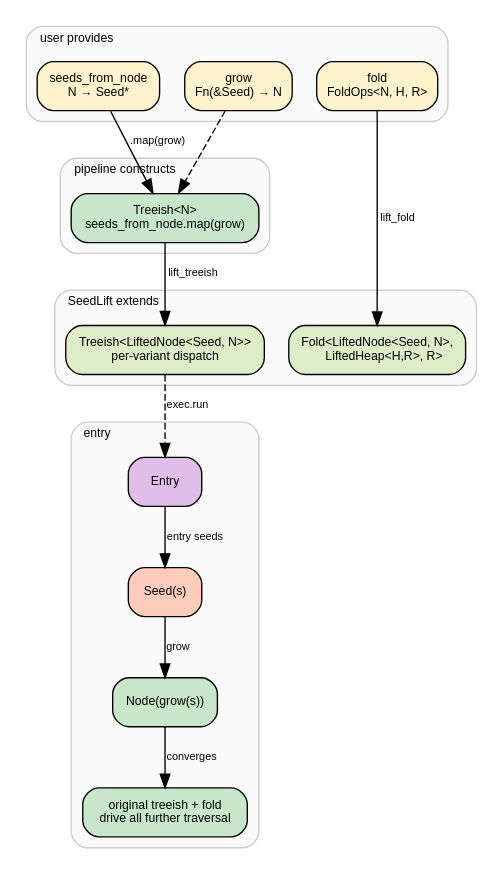
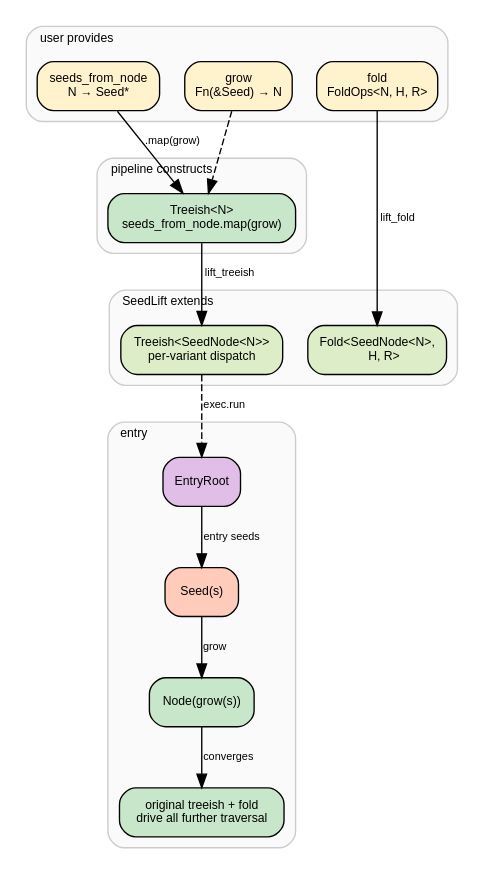
Before and after one commit to hylic-recursion/hylic-docs: the third of 3 diagrams in book/src/design/milewski.md, drawn with Graphviz. The commit also changed other lines of this file and 12 other files, not shown here.

````diff
--- a/book/src/design/milewski.md
+++ b/book/src/design/milewski.md
@@ -318,54 +318,54 @@
 ```dot process
 digraph seed_bridge {
     rankdir=TB;
     compound=true;
     node [fontname="sans-serif", fontsize=9, shape=box, style="rounded,filled"];
     edge [fontname="sans-serif", fontsize=8];
 
     subgraph cluster_user {
         label="user provides"; labeljust=l; style="rounded,filled";
         fillcolor="#fafafa"; color=grey80; fontname="sans-serif"; fontsize=9;
 
         sfn [label="seeds_from_node\nN → Seed*", fillcolor="#fff3cd"];
         grow [label="grow\nFn(&Seed) → N", fillcolor="#fff3cd"];
         fold_u [label="fold\nFoldOps<N, H, R>", fillcolor="#fff3cd"];
     }
 
     subgraph cluster_compose {
         label="pipeline constructs"; labeljust=l; style="rounded,filled";
         fillcolor="#fafafa"; color=grey80; fontname="sans-serif"; fontsize=9;
 
         t [label="Treeish<N>\nseeds_from_node.map(grow)", fillcolor="#c8e6c9"];
     }
 
     sfn -> t [label=".map(grow)"];
     grow -> t [style=dashed];
 
     subgraph cluster_lift {
         label="SeedLift extends"; labeljust=l; style="rounded,filled";
         fillcolor="#fafafa"; color=grey80; fontname="sans-serif"; fontsize=9;
 
-        lt [label="Treeish<LiftedNode<Seed, N>>\nper-variant dispatch", fillcolor="#dcedc8"];
-        lf [label="Fold<LiftedNode<Seed, N>,\n     LiftedHeap<H,R>, R>", fillcolor="#dcedc8"];
+        lt [label="Treeish<SeedNode<N>>\nper-variant dispatch", fillcolor="#dcedc8"];
+        lf [label="Fold<SeedNode<N>,\n     H, R>", fillcolor="#dcedc8"];
     }
 
     t -> lt [label="lift_treeish"];
     fold_u -> lf [label="lift_fold"];
 
     subgraph cluster_entry {
         label="entry"; labeljust=l; style="rounded,filled";
         fillcolor="#fafafa"; color=grey80; fontname="sans-serif"; fontsize=9;
 
-        entry_point [label="Entry", fillcolor="#e1bee7"];
+        entry_point [label="EntryRoot", fillcolor="#e1bee7"];
         entry_seed [label="Seed(s)", fillcolor="#ffccbc"];
         entry_node [label="Node(grow(s))", fillcolor="#c8e6c9"];
         entry_rest [label="original treeish + fold\ndrive all further traversal", fillcolor="#c8e6c9"];
     }
 
     entry_point -> entry_seed [label="entry seeds"];
     entry_seed -> entry_node [label="grow"];
     entry_node -> entry_rest [label="converges"];
 
     lt -> entry_point [label="exec.run", style=dashed];
 }
 ```
````
